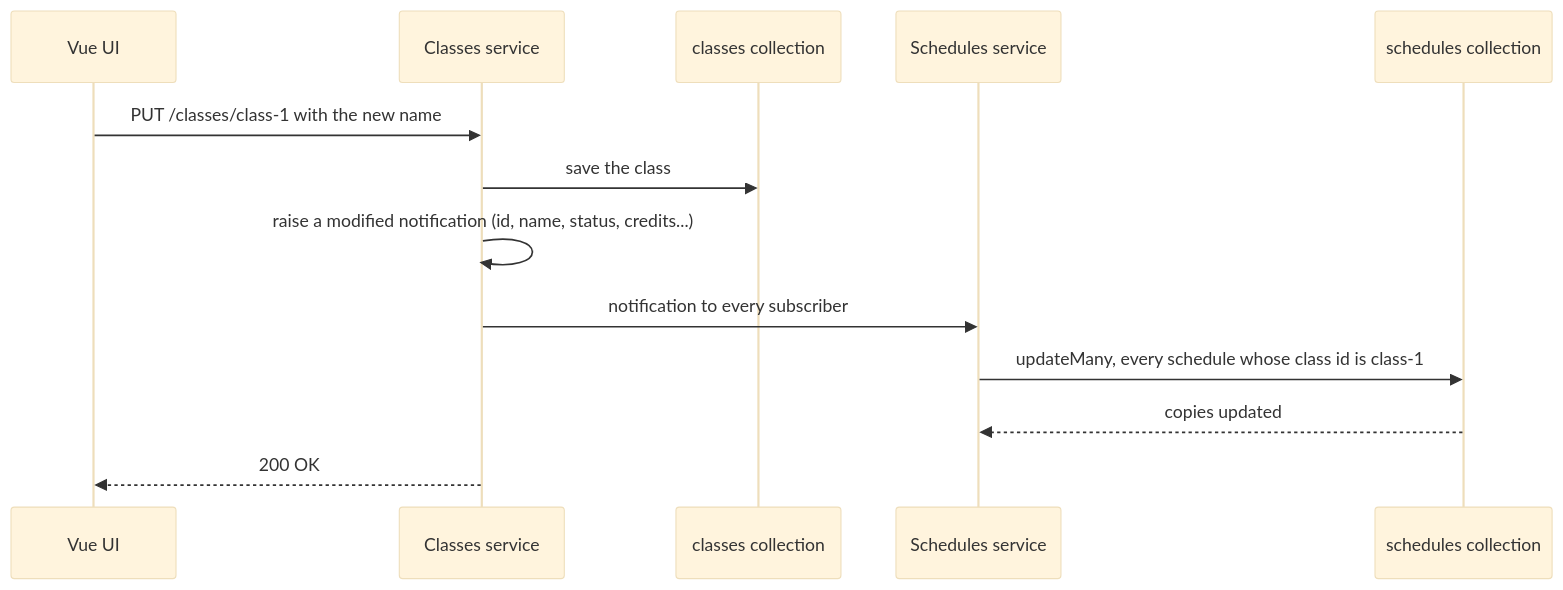
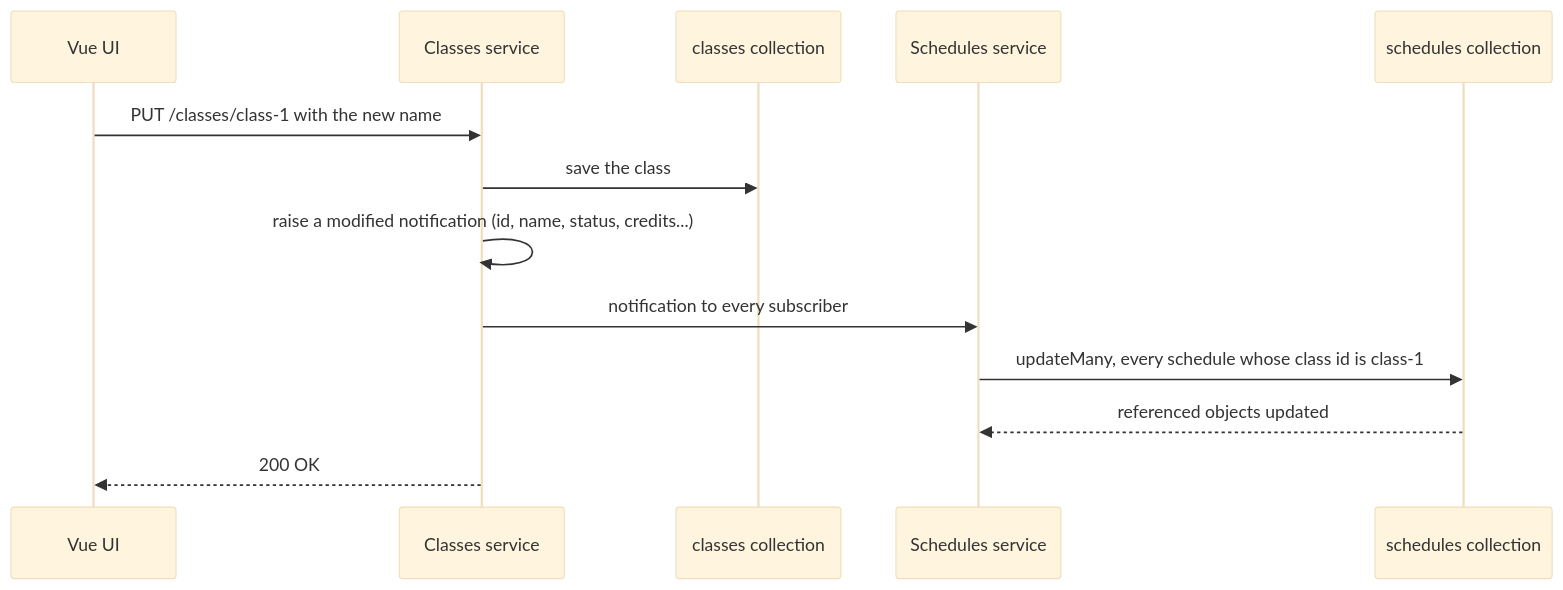
Before and after one commit to herrcristi/small-nodejs-service: the eighth of 13 diagrams in README.details.md, drawn with Mermaid (base theme). The commit also changed other lines of this file and 119 other files, not shown here.

Commit message:
Review mongo flows, timeouts, read preference

````diff
--- a/README.details.md
+++ b/README.details.md
@@ -470,15 +472,15 @@
 ```mermaid
 sequenceDiagram
   participant UI as Vue UI
   participant C as Classes service
   participant CDB as classes collection
   participant S as Schedules service
   participant SDB as schedules collection
   UI->>C: PUT /classes/class-1 with the new name
   C->>CDB: save the class
   C->>C: raise a modified notification (id, name, status, credits...)
   C->>S: notification to every subscriber
   S->>SDB: updateMany, every schedule whose class id is class-1
-  SDB-->>S: copies updated
+  SDB-->>S: referenced objects updated
   C-->>UI: 200 OK
 ```
````
